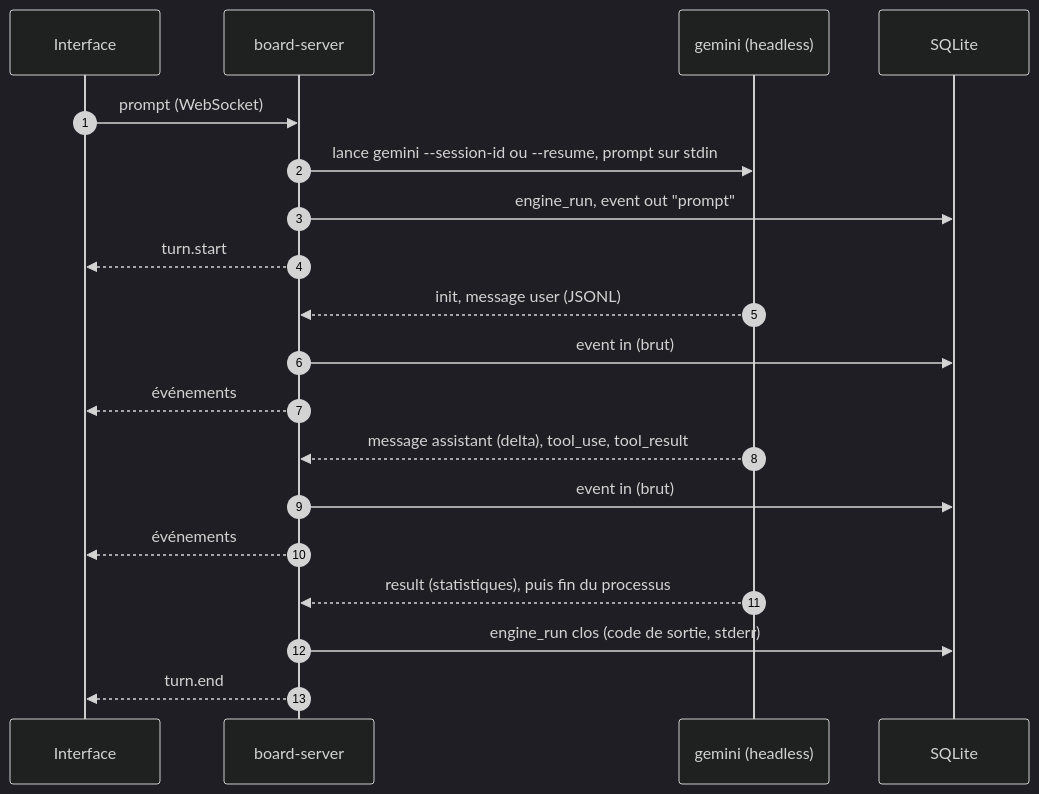
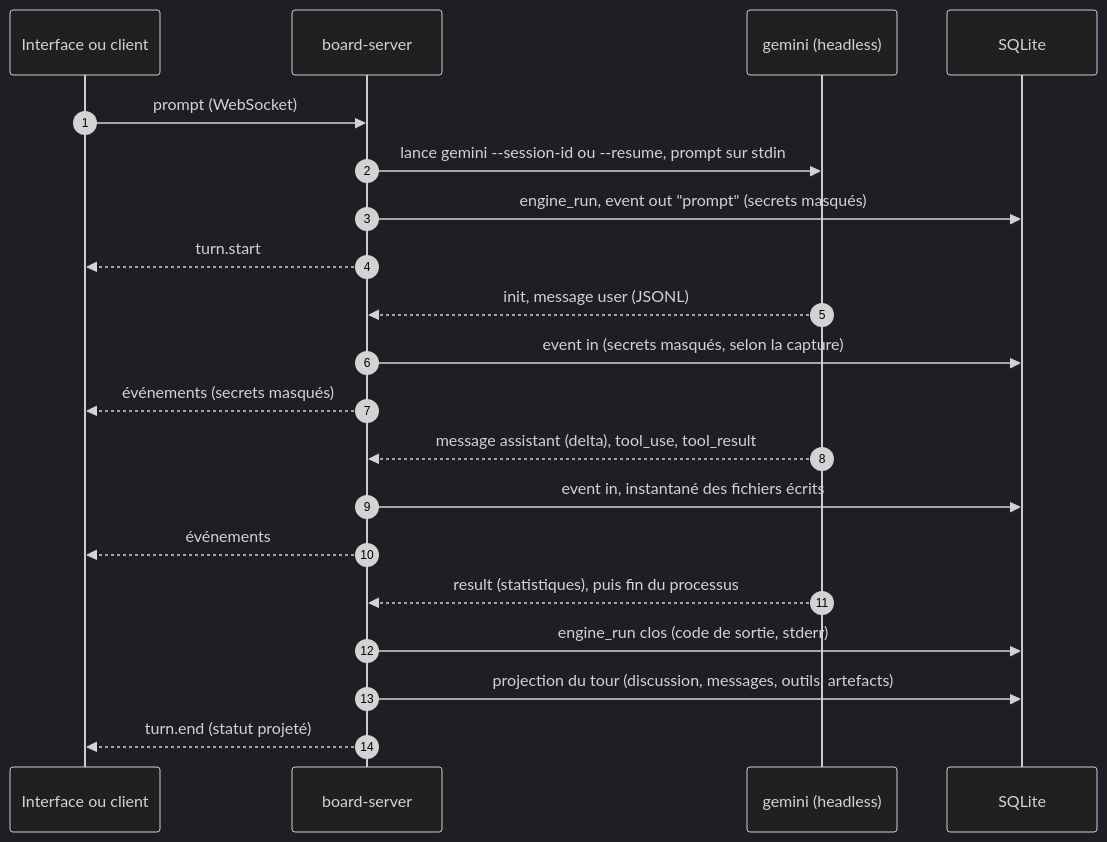
One commit to FredGarcia/geminiboard-cadrage changed the second of 3 diagrams in README.md. Above: the diagram before and after it, drawn with Mermaid (dark theme). The commit also changed other lines of this file and 8 other files, not shown here.

````diff
--- a/README.md
+++ b/README.md
@@ -232,21 +254,22 @@
 ```mermaid
 sequenceDiagram
   autonumber
-  participant U as Interface
+  participant U as Interface ou client
   participant S as board-server
   participant G as gemini (headless)
   participant D as SQLite
   U->>S: prompt (WebSocket)
   S->>G: lance gemini --session-id ou --resume, prompt sur stdin
-  S->>D: engine_run, event out "prompt"
+  S->>D: engine_run, event out "prompt" (secrets masqués)
   S-->>U: turn.start
   G-->>S: init, message user (JSONL)
-  S->>D: event in (brut)
-  S-->>U: événements
+  S->>D: event in (secrets masqués, selon la capture)
+  S-->>U: événements (secrets masqués)
   G-->>S: message assistant (delta), tool_use, tool_result
-  S->>D: event in (brut)
+  S->>D: event in, instantané des fichiers écrits
   S-->>U: événements
   G-->>S: result (statistiques), puis fin du processus
   S->>D: engine_run clos (code de sortie, stderr)
-  S-->>U: turn.end
+  S->>D: projection du tour (discussion, messages, outils, artefacts)
+  S-->>U: turn.end (statut projeté)
 ```
````
